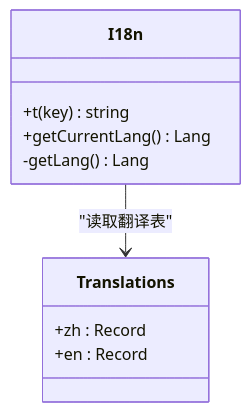
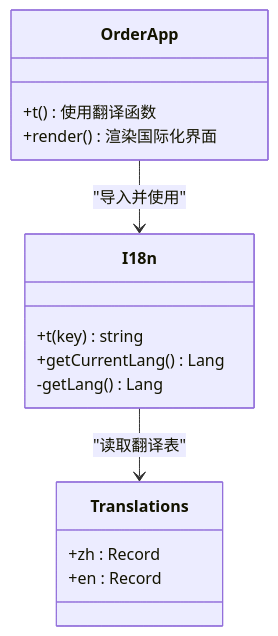
The fifth of 8 diagrams in .qoder/repowiki/zh/content/前端架构设计/订单子应用(order-app).md (haohailiang/qoder-fullstack), drawn with Mermaid before and after one commit. The commit also changed other lines of this file and 44 other files, not shown here.

````diff
--- a/.qoder/repowiki/zh/content/前端架构设计/订单子应用(order-app).md
+++ b/.qoder/repowiki/zh/content/前端架构设计/订单子应用(order-app).md
@@ -203,13 +235,18 @@
 ```mermaid
 classDiagram
 class I18n {
 +t(key) string
 +getCurrentLang() Lang
 -getLang() Lang
 }
 class Translations {
 +zh : Record<string,string>
 +en : Record<string,string>
 }
+class OrderApp {
++t() 使用翻译函数
++render() 渲染国际化界面
+}
 I18n --> Translations : "读取翻译表"
+OrderApp --> I18n : "导入并使用"
 ```
````
